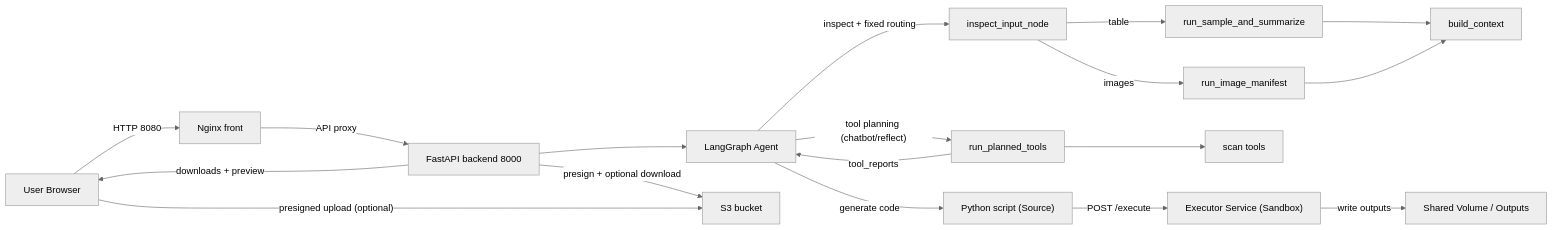
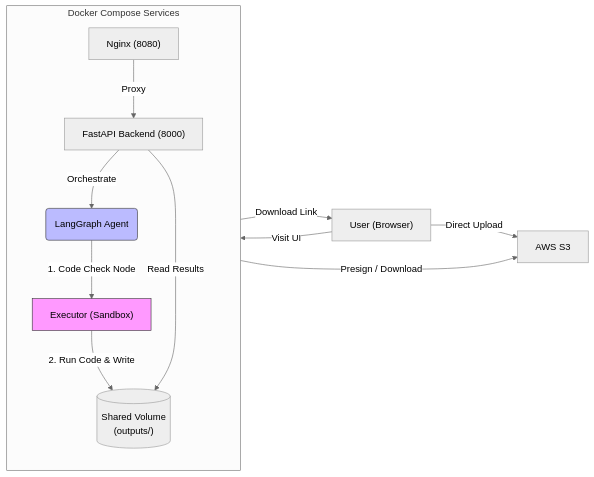
One commit to sonsukwoo/Data_preprocessing_auto changed the first of 3 diagrams in README.md. Above: the diagram before and after it, drawn with Mermaid (neutral theme). The commit also changed other lines of this file, not shown here.

````diff
--- a/README.md
+++ b/README.md
@@ -130,23 +68,30 @@
 ```mermaid
 flowchart LR
-  U["User Browser"] -->|"HTTP 8080"| N["Nginx front"]
-  N -->|"API proxy"| A["FastAPI backend 8000"]
-  A --> G["LangGraph Agent"]
-  G -->|"inspect + fixed routing"| T["inspect_input_node"]
-  T -->|"table"| S["run_sample_and_summarize"]
-  T -->|"images"| IM["run_image_manifest"]
-  S --> C["build_context"]
-  IM --> C
-  G -->|"tool planning (chatbot/reflect)"| TP["run_planned_tools"]
-  TP --> TOOL["scan tools"]
-  TP -->|"tool_reports"| G
-  G -->|"generate code"| P["Python script (Source)"]
+  User["User (Browser)"]
   
-  %% Executor Integration
-  P -->|"POST /execute"| E["Executor Service (Sandbox)"]
-  E -->|"write outputs"| O["Shared Volume / Outputs"]
+  subgraph Services ["Docker Compose Services"]
+    direction TB
+    N["Nginx (8080)"]
+    B["FastAPI Backend (8000)"]
+    E["Executor (Sandbox)"]
+    V[("Shared Volume <br/> (outputs/)")]
+    
+    N -->|"Proxy"| B
+    B -->|"Orchestrate"| Agent("LangGraph Agent")
+    
+    Agent -- "1. Code Check Node" --> E
+    E -- "2. Run Code & Write" --> V
+  end
   
-  A -->|"downloads + preview"| U
-  A -->|"presign + optional download"| S3["S3 bucket"]
-  U -->|"presigned upload (optional)"| S3
+  S3["AWS S3"]
+  
+  User -->|"Visit UI"| N
+  User -->|"Direct Upload"| S3
+  B -- "Presign / Download" --> S3
+  B -- "Read Results" --> V
+  B -- "Download Link" --> User
+  
+  %% Style
+  style E fill:#f9f,stroke:#333
+  style Agent fill:#bbf,stroke:#333
 ```
````
